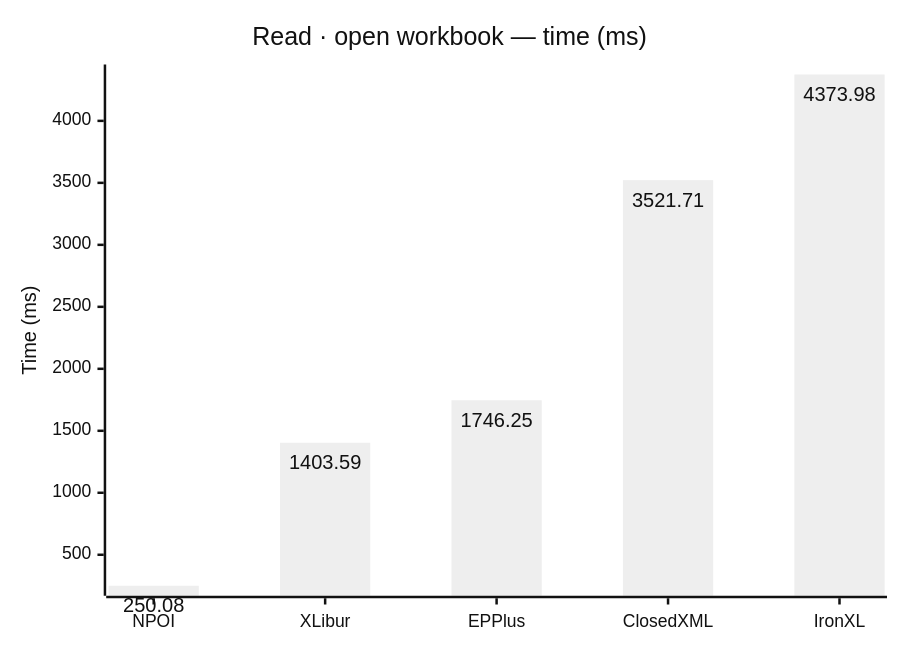
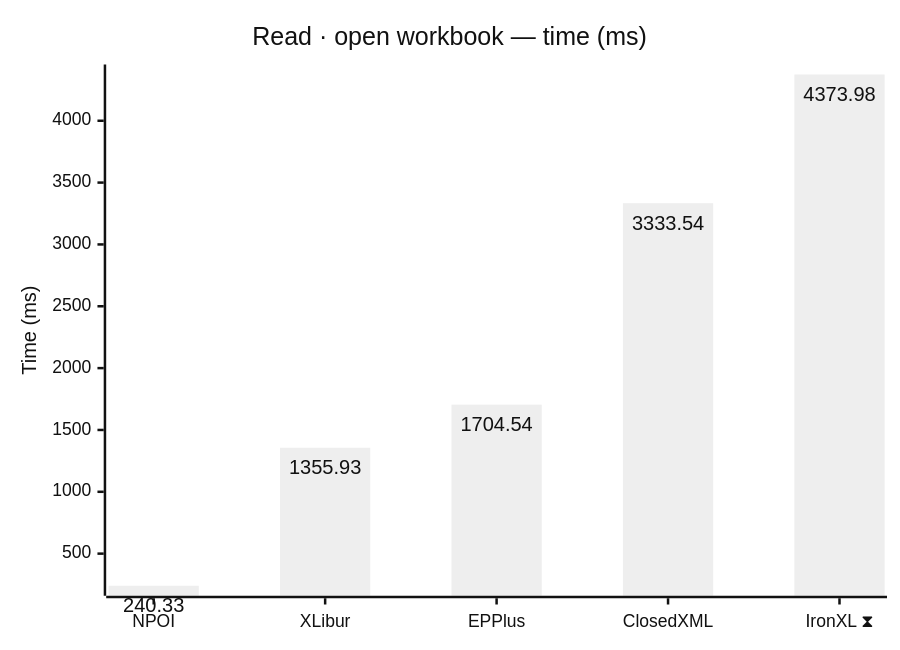
One commit to jafin/XLBench changed the first of 8 diagrams in docs/results.md. Above: the diagram before and after it, drawn with Mermaid (neutral theme). The commit also changed other lines of this file and 2 other files, not shown here.

First line of the commit message:
docs: refresh benchmark results on XLibur 0.200.0

````diff
--- a/docs/results.md
+++ b/docs/results.md
@@ -35,12 +39,12 @@
 ```mermaid
 ---
 config:
   xyChart:
     showDataLabel: true
 ---
 xychart-beta
     title "Read · open workbook — time (ms)"
-    x-axis ["NPOI", "XLibur", "EPPlus", "ClosedXML", "IronXL"]
+    x-axis ["NPOI", "XLibur", "EPPlus", "ClosedXML", "IronXL ⧗"]
     y-axis "Time (ms)"
-    bar [250.08, 1403.59, 1746.25, 3521.71, 4373.98]
+    bar [240.33, 1355.93, 1704.54, 3333.54, 4373.98]
 ```
````
